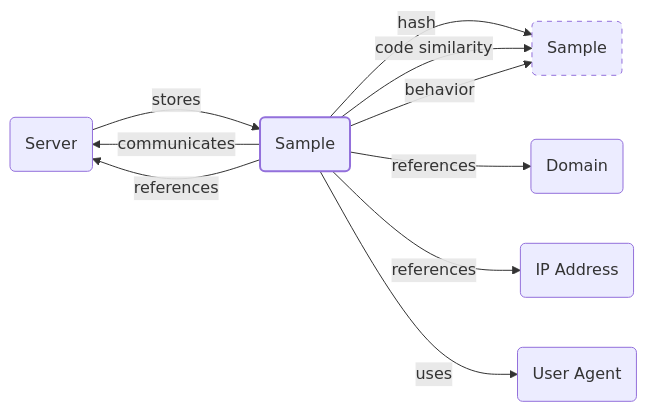
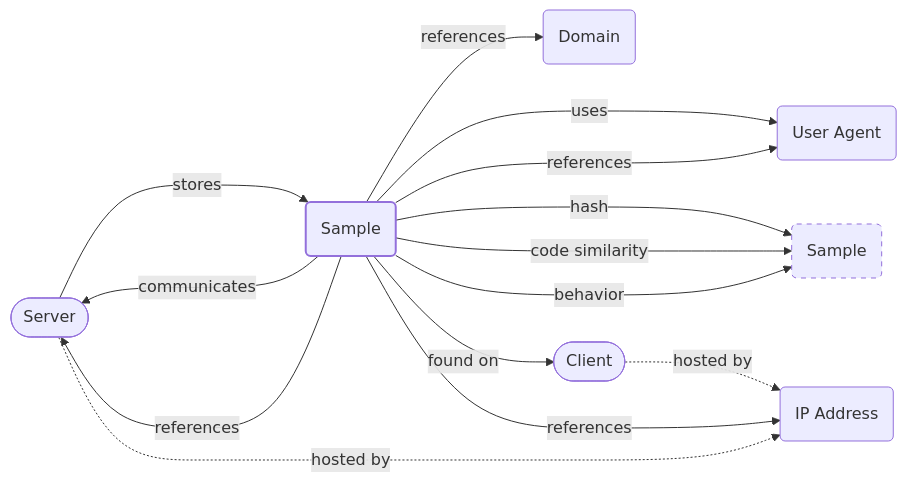
The diagram in docs/artifacts/sample.md (korniko98/pivot-atlas), drawn with Mermaid before and after one commit. The commit also changed other lines of this file and 8 other files, not shown here.

Commit message:
Merge IP address and server

````diff
--- a/docs/artifacts/sample.md
+++ b/docs/artifacts/sample.md
@@ -31,31 +31,36 @@
 	```mermaid
 	flowchart LR
 		classDef primary stroke-width: 2px
 		classDef secondary stroke-dasharray: 5 5
 		
 		%% define nodes
 		IP_ADDRESS(IP Address)
 		DOMAIN(Domain)
-		SERVER(Server)
+		SERVER([Server])
+		CLIENT([Client])
 		SAMPLE(Sample):::primary
 		USER_AGENT(User Agent)
 		SAMPLE_(Sample):::secondary
 		
 		%% define edges
+		SAMPLE -- found on --> CLIENT
+		CLIENT -. hosted by .-> IP_ADDRESS
 		SERVER -- stores --> SAMPLE
 		SAMPLE -- communicates --> SERVER
-		SAMPLE -- references --> SERVER
+		SAMPLE -- references ---> SERVER
 		SAMPLE -- hash --> SAMPLE_
 		SAMPLE -- code similarity --> SAMPLE_
-		SAMPLE -- behavior --> SAMPLE_
+		SAMPLE -- behavior ---> SAMPLE_
+		SAMPLE -- references ---> IP_ADDRESS
+		SERVER -. hosted by .-> IP_ADDRESS
 		SAMPLE -- references --> DOMAIN
-		SAMPLE -- references --> IP_ADDRESS
-		SAMPLE -- uses --> USER_AGENT
+		SAMPLE -- uses ---> USER_AGENT
+		SAMPLE -- references --> USER_AGENT
 		
 		%% define links
 		click IP_ADDRESS "#ip-addresses"
 		click DOMAIN "#domains"
 		click SERVER "#servers"
 		click SAMPLE_ "#samples"
 		click USER_AGENT "#user-agents"
 	```
````
